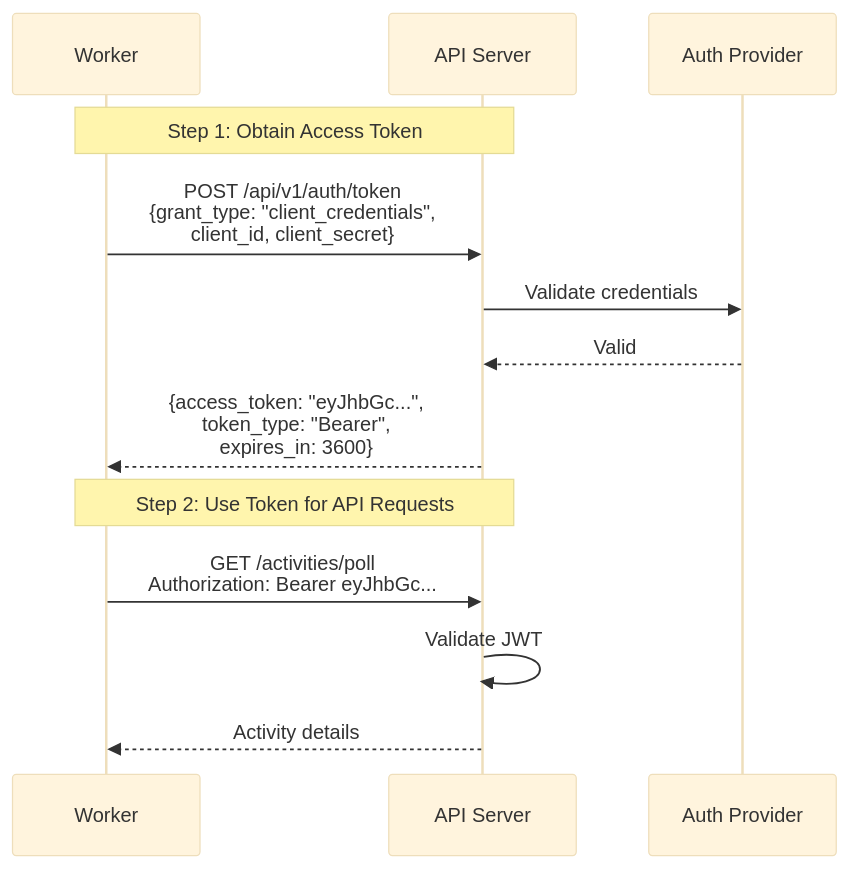
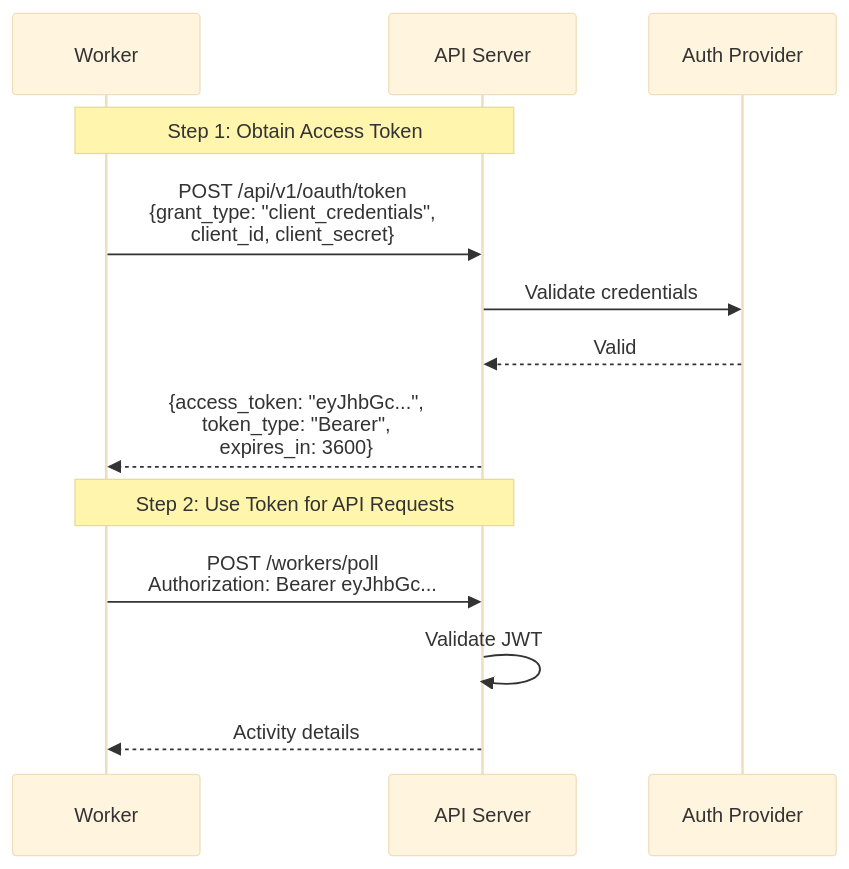
One commit to kruxia/kruxiaflow changed the third of 5 diagrams in docs/architecture.md. Above: the diagram before and after it, drawn with Mermaid (base theme). The commit also changed other lines of this file and 4 other files, not shown here.

````diff
--- a/docs/architecture.md
+++ b/docs/architecture.md
@@ -306,17 +303,17 @@
 ```mermaid
 sequenceDiagram
     participant W as Worker
     participant A as API Server
     participant Auth as Auth Provider
 
     Note over W,A: Step 1: Obtain Access Token
-    W->>A: POST /api/v1/auth/token<br/>{grant_type: "client_credentials",<br/>client_id, client_secret}
+    W->>A: POST /api/v1/oauth/token<br/>{grant_type: "client_credentials",<br/>client_id, client_secret}
     A->>Auth: Validate credentials
     Auth-->>A: Valid
     A-->>W: {access_token: "eyJhbGc...",<br/>token_type: "Bearer",<br/>expires_in: 3600}
 
     Note over W,A: Step 2: Use Token for API Requests
-    W->>A: GET /activities/poll<br/>Authorization: Bearer eyJhbGc...
+    W->>A: POST /workers/poll<br/>Authorization: Bearer eyJhbGc...
     A->>A: Validate JWT
     A-->>W: Activity details
 ```
````
